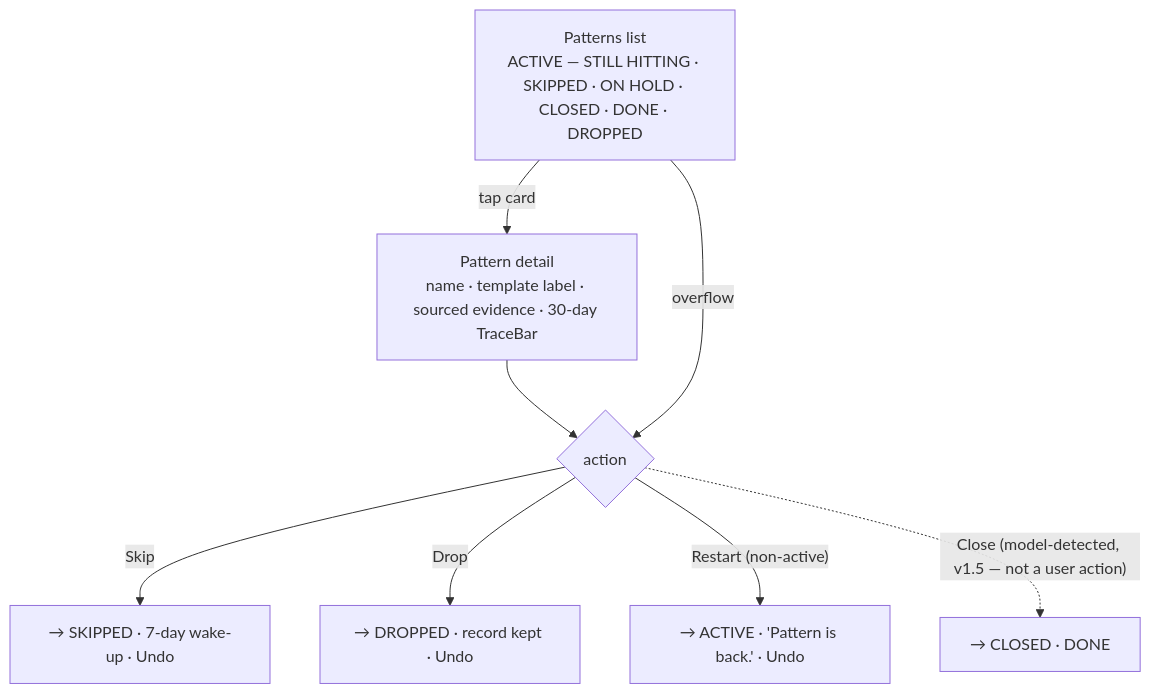
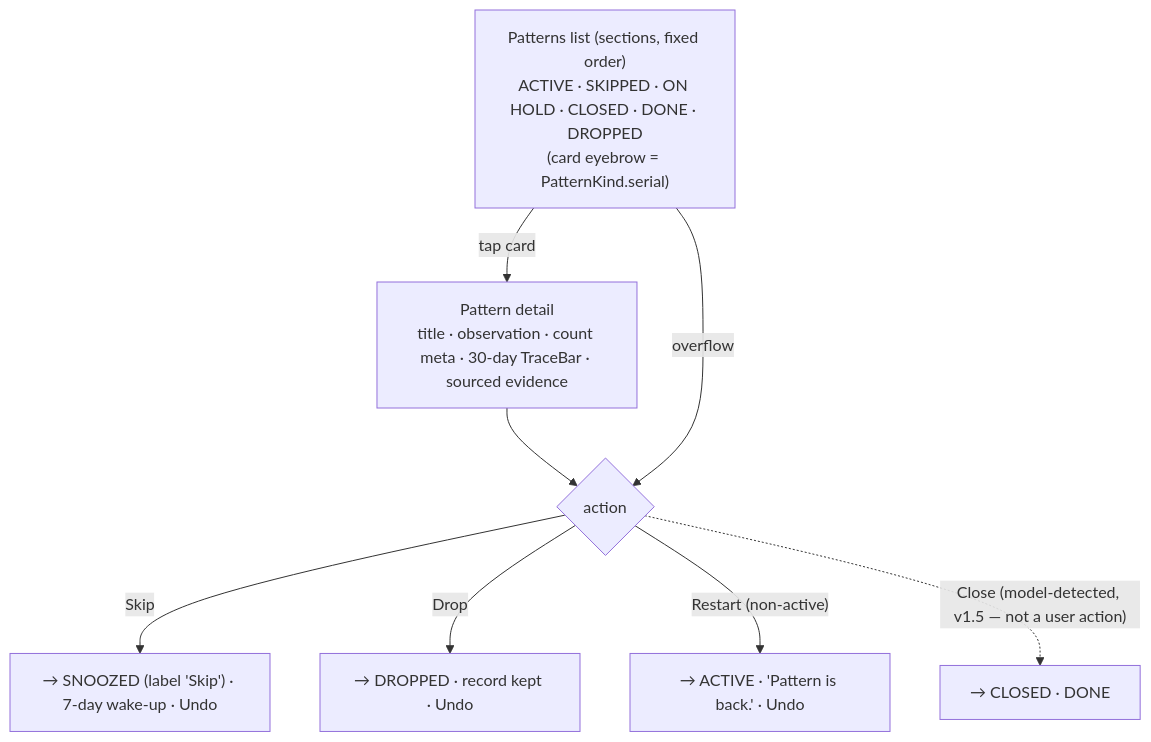
Before and after one commit to anchildress1/vestige: the fourth of 6 diagrams in docs/diagrams/user-flows.md, drawn with Mermaid. The commit also changed other lines of this file and 19 other files, not shown here.

First line of the commit message:
docs: align diagram atlas, stories, README & spec docs to implementation (#62)

````diff
--- a/docs/diagrams/user-flows.md
+++ b/docs/diagrams/user-flows.md
@@ -72,14 +80,14 @@
 ```mermaid
 flowchart TD
     accTitle: Patterns list, detail, and lifecycle actions
-    accDescr: The patterns list shows non-empty sections in fixed order ACTIVE, SKIPPED, CLOSED, DROPPED. A card opens detail with sourced evidence. From overflow or the detail action row the user can Skip (returns in 7 days), Drop (record kept), or Restart a non-active pattern, each with an Undo snackbar. Close is model-detected only.
+    accDescr: The patterns list shows non-empty sections in fixed order ACTIVE, SKIPPED on hold, CLOSED done, DROPPED. A card opens detail with title, observation, count meta, a 30-day intensity TraceBar, and sourced evidence. From the card overflow or the detail action row the user can Skip (returns in 7 days), Drop (record kept), or Restart a non-active pattern, each with an Undo snackbar. Close is model-detected only.
 
-    LIST["Patterns list<br/>ACTIVE — STILL HITTING · SKIPPED · ON HOLD · CLOSED · DONE · DROPPED"]
-    LIST -- "tap card" --> DET["Pattern detail<br/>name · template label · sourced evidence · 30-day TraceBar"]
+    LIST["Patterns list (sections, fixed order)<br/>ACTIVE · SKIPPED · ON HOLD · CLOSED · DONE · DROPPED<br/>(card eyebrow = PatternKind.serial)"]
+    LIST -- "tap card" --> DET["Pattern detail<br/>title · observation · count meta · 30-day TraceBar · sourced evidence"]
     DET --> ACT{"action"}
     LIST -- "overflow" --> ACT
-    ACT -- "Skip" --> SK["→ SKIPPED · 7-day wake-up · Undo"]
+    ACT -- "Skip" --> SK["→ SNOOZED (label 'Skip') · 7-day wake-up · Undo"]
     ACT -- "Drop" --> DR["→ DROPPED · record kept · Undo"]
     ACT -- "Restart (non-active)" --> RS["→ ACTIVE · 'Pattern is back.' · Undo"]
     ACT -. "Close (model-detected, v1.5 — not a user action)" .-> CL["→ CLOSED · DONE"]
 ```
````
